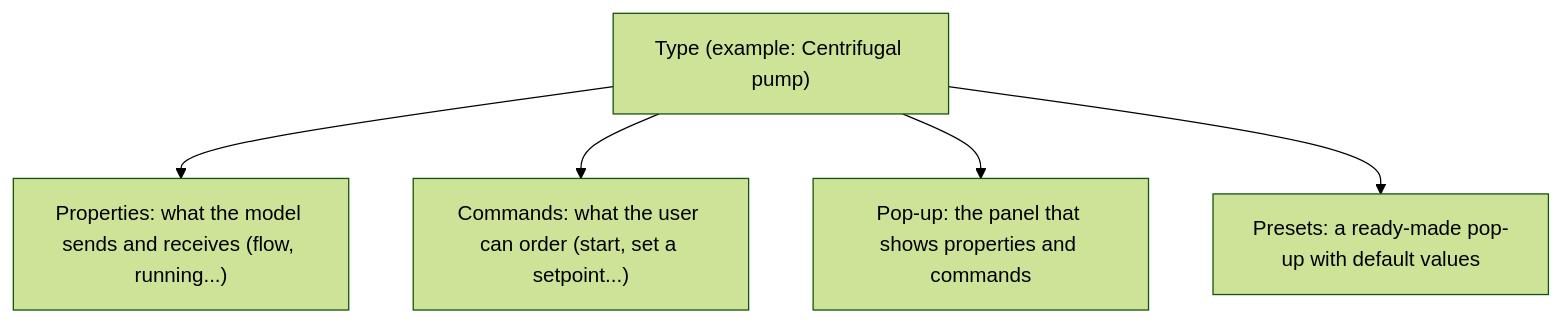
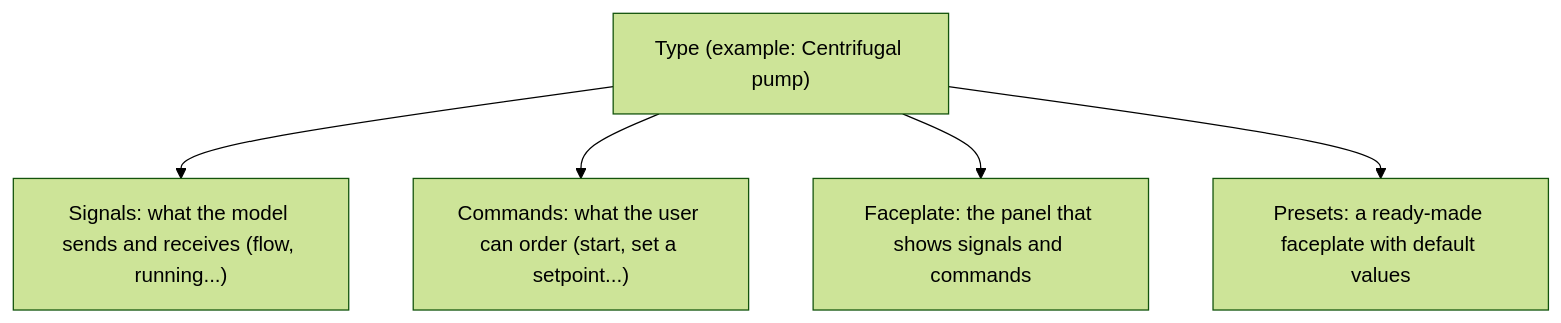
One commit to AlexandreGallais/synoptic-studio-spec changed the first of 3 diagrams in metadata/README.md. Above: the diagram before and after it, drawn with Mermaid (forest theme). The commit also changed other lines of this file and 18 other files, not shown here.

````diff
--- a/metadata/README.md
+++ b/metadata/README.md
@@ -17,8 +17,8 @@
 ```mermaid
 flowchart TD
     T["Type (example: Centrifugal pump)"]
-    T --> P["Properties: what the model sends and receives (flow, running...)"]
+    T --> P["Signals: what the model sends and receives (flow, running...)"]
     T --> C["Commands: what the user can order (start, set a setpoint...)"]
-    T --> U["Pop-up: the panel that shows properties and commands"]
-    T --> R["Presets: a ready-made pop-up with default values"]
+    T --> U["Faceplate: the panel that shows signals and commands"]
+    T --> R["Presets: a ready-made faceplate with default values"]
 ```
````
